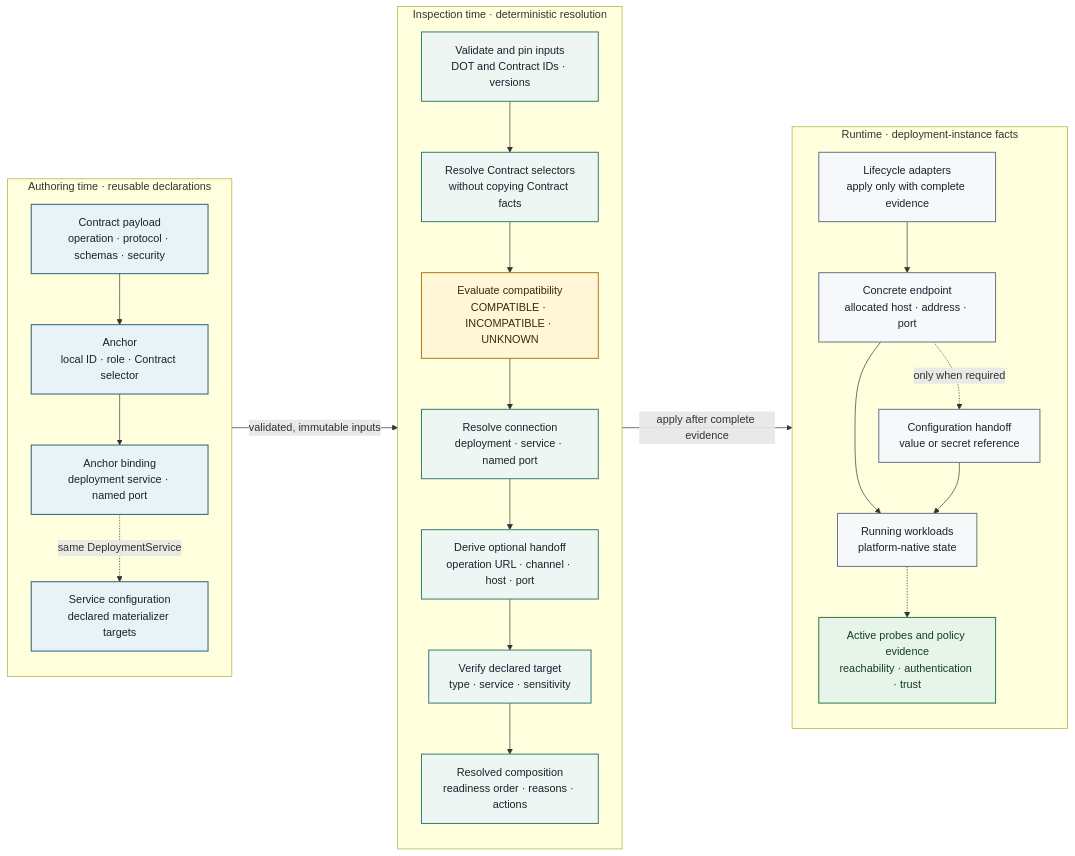
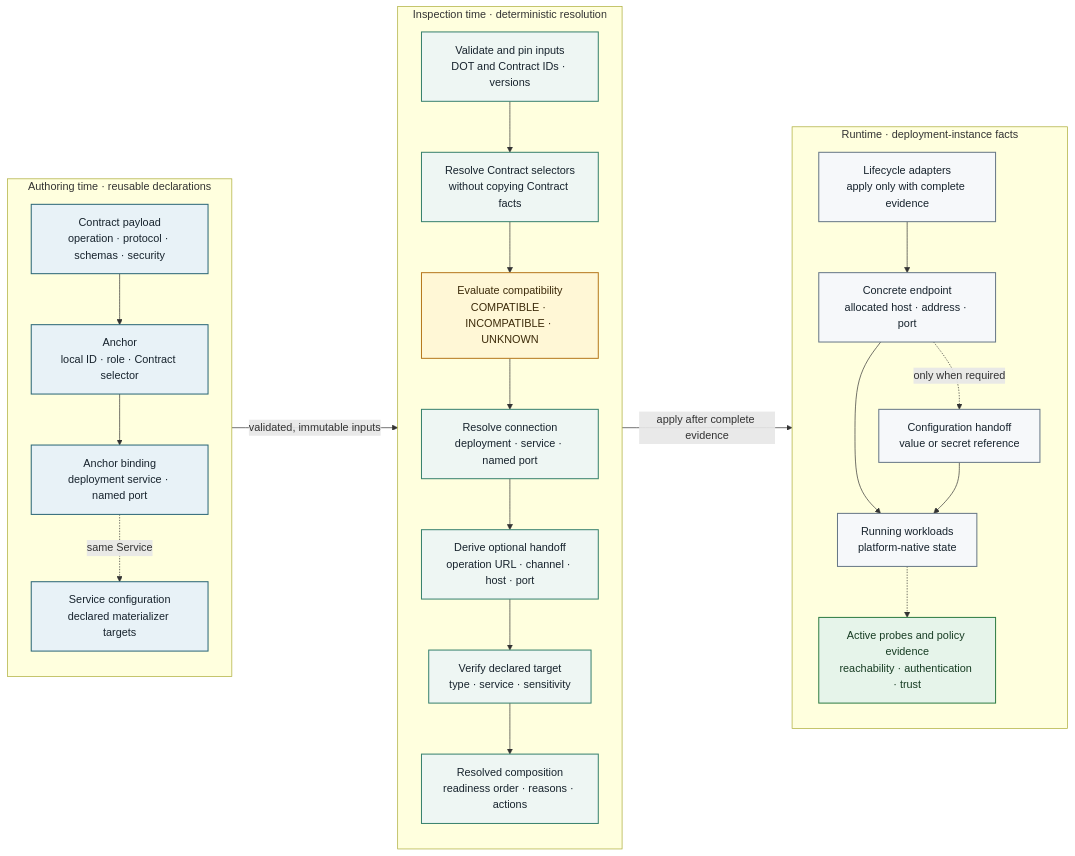
The diagram in DOT-Design/next/dot-design/_attachments/diagrams/composition-resolution-stages.mmd (MARE-EU-Project/DOT-Docs), drawn with Mermaid before and after one commit. The commit also changed 257 other files, not shown here.

```diff
--- a/DOT-Design/next/dot-design/_attachments/diagrams/composition-resolution-stages.mmd
+++ b/DOT-Design/next/dot-design/_attachments/diagrams/composition-resolution-stages.mmd
@@ -1,55 +1,55 @@
 flowchart LR
   accTitle: Authoring, composition resolution, and runtime stages
   accDescr: Independently authored Contracts, Anchors, bindings, and configuration declarations are pinned and resolved into a deterministic resolved composition before lifecycle adapters create endpoints, materialize configuration, and collect runtime evidence.
 
   subgraph Authoring["Authoring time · reusable declarations"]
     direction TB
     Contract["Contract payload<br/>operation · protocol · schemas · security"]
     Anchor["Anchor<br/>local ID · role · Contract selector"]
     Binding["Anchor binding<br/>deployment service · named port"]
     Config["Service configuration<br/>declared materializer targets"]
     Contract --> Anchor
     Anchor --> Binding
-    Binding -.->|same DeploymentService| Config
+    Binding -.->|same Service| Config
   end
 
   subgraph ResolutionStage["Inspection time · deterministic resolution"]
     direction TB
     Inputs["Validate and pin inputs<br/>DOT and Contract IDs · versions"]
     Selectors["Resolve Contract selectors<br/>without copying Contract facts"]
     Compatibility["Evaluate compatibility<br/>COMPATIBLE · INCOMPATIBLE · UNKNOWN"]
     Connection["Resolve connection<br/>deployment · service · named port"]
     Handoff["Derive optional handoff<br/>operation URL · channel · host · port"]
     Target["Verify declared target<br/>type · service · sensitivity"]
     Resolution["Resolved composition<br/>readiness order · reasons · actions"]
     Inputs --> Selectors --> Compatibility --> Connection
     Connection --> Handoff --> Target --> Resolution
   end
 
   subgraph Runtime["Runtime · deployment-instance facts"]
     direction TB
     Apply["Lifecycle adapters<br/>apply only with complete evidence"]
     Endpoint["Concrete endpoint<br/>allocated host · address · port"]
     Inject["Configuration handoff<br/>value or secret reference"]
     Workload["Running workloads<br/>platform-native state"]
     Probe["Active probes and policy evidence<br/>reachability · authentication · trust"]
     Apply --> Endpoint
     Endpoint -.->|only when required| Inject
     Endpoint --> Workload
     Inject --> Workload
     Workload -.-> Probe
   end
 
   Authoring -->|validated, immutable inputs| ResolutionStage
   ResolutionStage -->|apply after complete evidence| Runtime
 
   classDef authored fill:#e8f2f7,stroke:#2b6777,color:#17232d,stroke-width:1.5px;
   classDef process fill:#eef6f3,stroke:#39826f,color:#17232d,stroke-width:1.5px;
   classDef decision fill:#fff7d6,stroke:#b7791f,color:#3d2b0a,stroke-width:1.5px;
   classDef runtime fill:#f6f8fa,stroke:#687887,color:#17232d,stroke-width:1.5px;
   classDef evidence fill:#e6f4ea,stroke:#2f7d45,color:#173c23,stroke-width:1.5px;
   class Contract,Anchor,Binding,Config authored;
   class Inputs,Selectors,Connection,Handoff,Target,Resolution process;
   class Compatibility decision;
   class Apply,Endpoint,Inject,Workload runtime;
   class Probe evidence;
```
